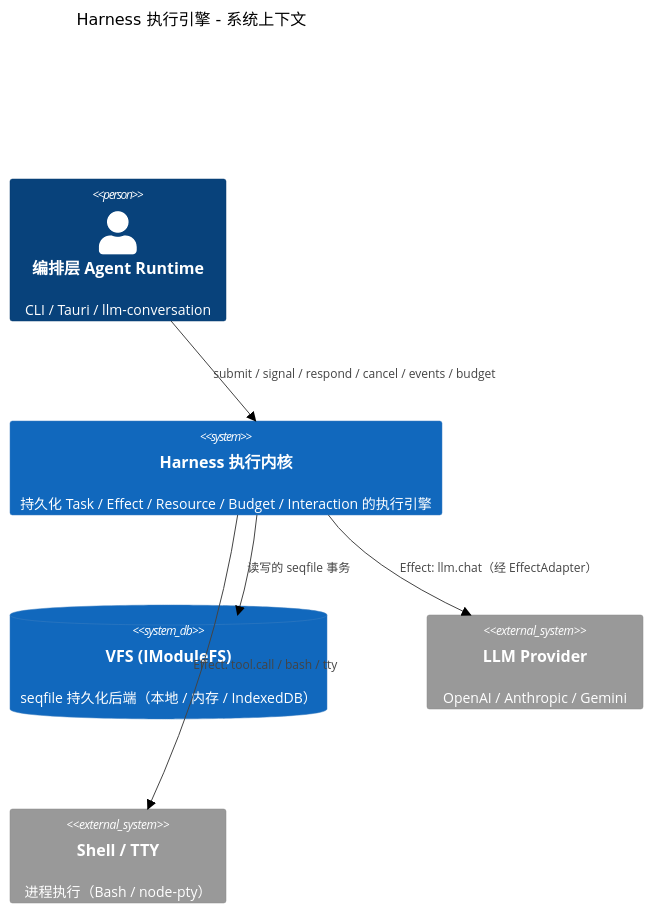
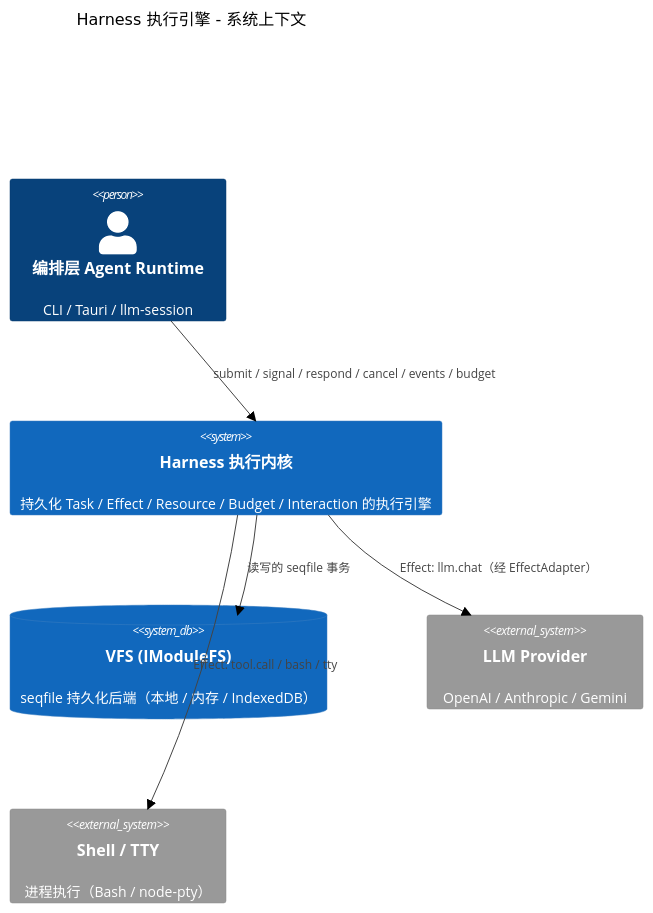
One commit to mushuanli/itookit changed the first of 6 diagrams in doc/feat/harness-review.md. Above: the diagram before and after it, drawn with Mermaid (neutral theme). The commit also changed other lines of this file and 63 other files, not shown here.

````diff
--- a/doc/feat/harness-review.md
+++ b/doc/feat/harness-review.md
@@ -36,13 +36,13 @@
 ```mermaid
 C4Context
     title Harness 执行引擎 - 系统上下文
-    Person(host, "编排层 Agent Runtime", "CLI / Tauri / llm-conversation")
+    Person(host, "编排层 Agent Runtime", "CLI / Tauri / llm-session")
     System(harness, "Harness 执行内核", "持久化 Task / Effect / Resource / Budget / Interaction 的执行引擎")
     SystemDb(vfs, "VFS (IModuleFS)", "seqfile 持久化后端（本地 / 内存 / IndexedDB）")
     System_Ext(llm, "LLM Provider", "OpenAI / Anthropic / Gemini")
     System_Ext(shell, "Shell / TTY", "进程执行（Bash / node-pty）")
     Rel(host, harness, "submit / signal / respond / cancel / events / budget")
     Rel(harness, vfs, "读写的 seqfile 事务")
     Rel(harness, llm, "Effect: llm.chat（经 EffectAdapter）")
     Rel(harness, shell, "Effect: tool.call / bash / tty")
 ```
````
